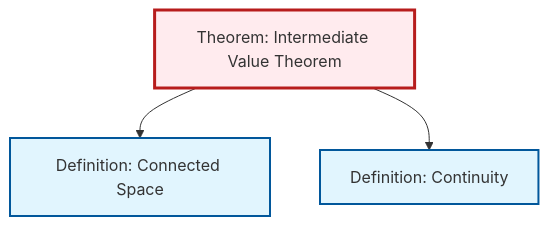
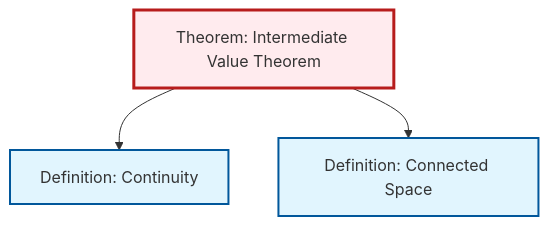
One commit to RK0429/ModernMath changed the diagram in output/mermaid/thm-intermediate-value.mermaid. Above: the diagram before and after it, drawn with Mermaid. The commit also changed other lines of this file and 417 other files, not shown here.

```diff
--- a/output/mermaid/thm-intermediate-value.mermaid
+++ b/output/mermaid/thm-intermediate-value.mermaid
@@ -1,13 +1,13 @@
 %%| fig-cap: "Local dependency graph"
 graph TD
     classDef definition fill:#e1f5fe,stroke:#01579b,stroke-width:2px
     classDef theorem fill:#f3e5f5,stroke:#4a148c,stroke-width:2px
     classDef axiom fill:#fff3e0,stroke:#e65100,stroke-width:2px
     classDef example fill:#e8f5e9,stroke:#1b5e20,stroke-width:2px
     classDef current fill:#ffebee,stroke:#b71c1c,stroke-width:3px
+    def-continuity["Definition: Continuity"]:::definition
     thm-intermediate-value["Theorem: Intermediate Value Theorem"]:::theorem
-    def-continuity["Definition: Continuity"]:::definition
     def-connected["Definition: Connected Space"]:::definition
+    thm-intermediate-value --> def-continuity
     thm-intermediate-value --> def-connected
-    thm-intermediate-value --> def-continuity
     class thm-intermediate-value current
```
